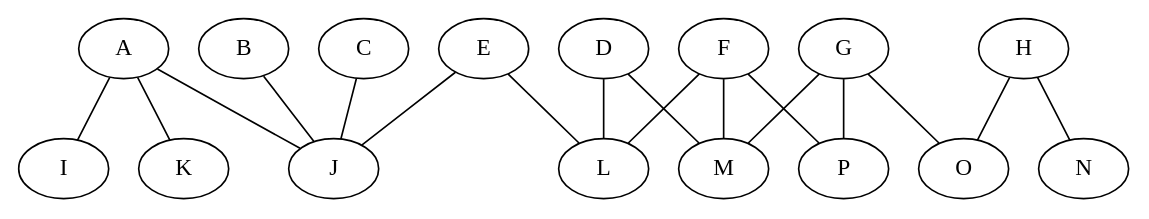
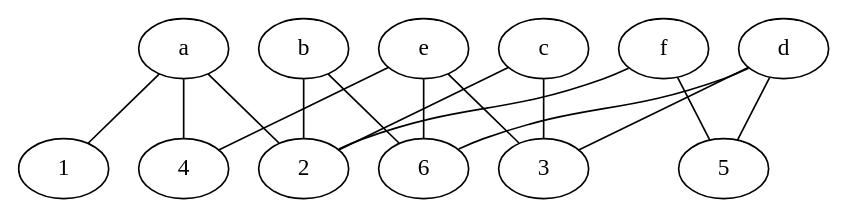
The diagram in dot/bipartite_graphs/6MaximumMatching.dot (KathLouise/T3-Grafos), drawn with Graphviz before and after one commit. The commit also changed 28 other files, not shown here.

```diff
--- a/dot/bipartite_graphs/6MaximumMatching.dot
+++ b/dot/bipartite_graphs/6MaximumMatching.dot
@@ -1,19 +1,17 @@
-strict graph "6MaximumMatching" {
-	A -- I
-	A -- J
-	A -- K
-	B -- J
-	C -- J
-	D -- L
-	D -- M
-	E -- J
-	E -- L
-	F -- L
-	F -- M
-	F -- P
-	G -- M
-	G -- O
-	G -- P
-	H -- N
-	H -- O
+strict graph "6MaximumMatching3" {
+ a -- 1
+ a -- 2
+ a -- 4
+ b -- 2
+ b -- 6
+ c -- 2
+ c -- 3
+ d -- 3
+ d -- 5
+ d -- 6
+ e -- 3
+ e -- 4
+ e -- 6
+ f -- 2
+ f -- 5
 }
```
